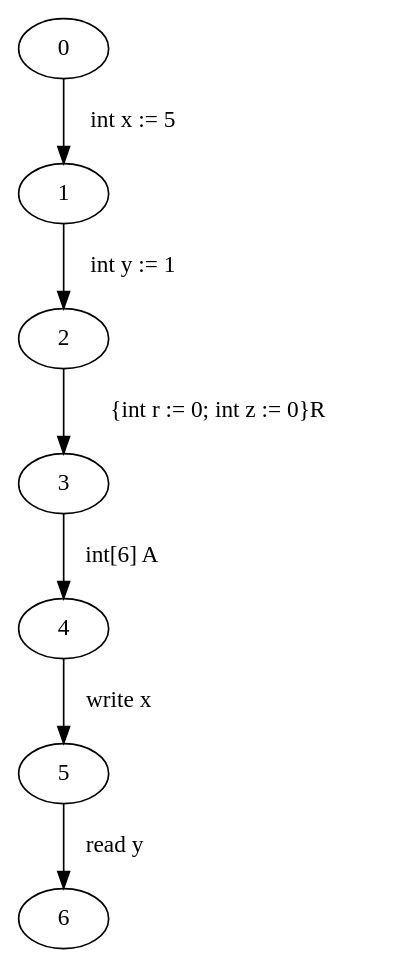
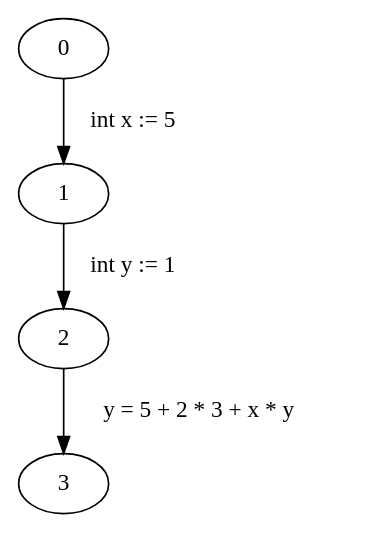
Before and after one commit to FloKes/ProgramAnalysis: the diagram in src/main/java/graphviz/input.dot, drawn with Graphviz. The commit also changed 17 other files, not shown here.

```diff
--- a/src/main/java/graphviz/input.dot
+++ b/src/main/java/graphviz/input.dot
@@ -1,8 +1,5 @@
 digraph ProgramGraph{
 "0" -> "1" [label="  int x := 5   "] 
 "1" -> "2" [label="  int y := 1   "] 
-"2" -> "3" [label="  {int r := 0; int z := 0}R   "] 
-"3" -> "4" [label="  int[6] A   "] 
-"4" -> "5" [label="  write x   "] 
-"5" -> "6" [label="  read y   "] 
+"2" -> "3" [label="  y = 5 + 2 * 3 + x * y   "] 
 }
```
